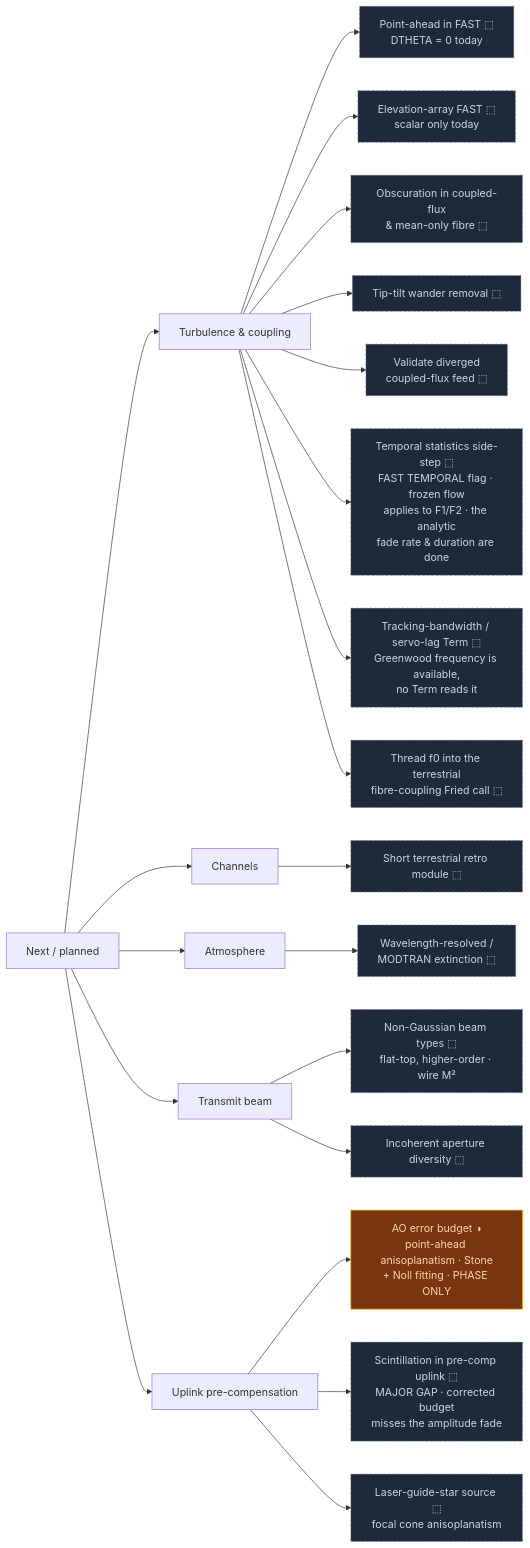
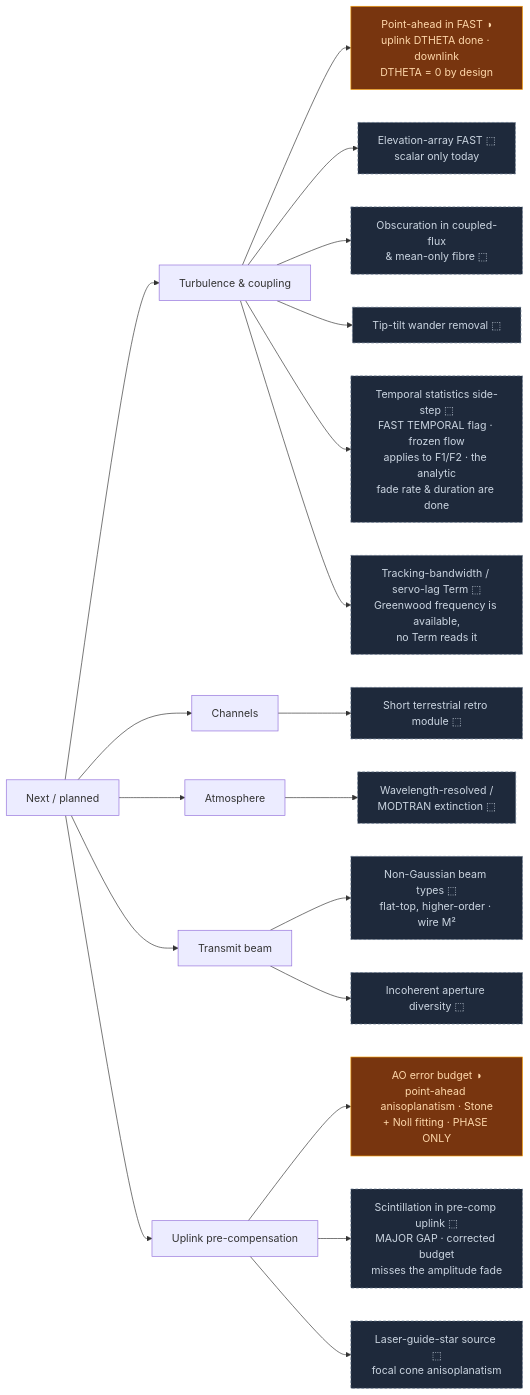
One commit to bigfraw/optical_link_budget changed the fourth of 4 diagrams in README.md. Above: the diagram before and after it, drawn with Mermaid. The commit also changed 5 other files, not shown here.

````diff
--- a/README.md
+++ b/README.md
@@ -233,32 +233,30 @@
 ```mermaid
 flowchart LR
   N["Next / planned"]
 
   N --> NT["Turbulence & coupling"]
-  NT --> NT1["Point-ahead in FAST ⬚<br/>DTHETA = 0 today"]:::planned
+  NT --> NT1["Point-ahead in FAST ◑<br/>uplink DTHETA done · downlink<br/>DTHETA = 0 by design"]:::partial
   NT --> NT2["Elevation-array FAST ⬚<br/>scalar only today"]:::planned
   NT --> NT3["Obscuration in coupled-flux<br/>& mean-only fibre ⬚"]:::planned
   NT --> NT4["Tip-tilt wander removal ⬚"]:::planned
-  NT --> NT5["Validate diverged<br/>coupled-flux feed ⬚"]:::planned
   NT --> NT6["Temporal statistics side-step ⬚<br/>FAST TEMPORAL flag · frozen flow<br/>applies to F1/F2 · the analytic<br/>fade rate &amp; duration are done"]:::planned
   NT --> NT7["Tracking-bandwidth / servo-lag Term ⬚<br/>Greenwood frequency is available,<br/>no Term reads it"]:::planned
-  NT --> NT8["Thread f0 into the terrestrial<br/>fibre-coupling Fried call ⬚"]:::planned
 
   N --> NC["Channels"]
   NC --> NC2["Short terrestrial retro module ⬚"]:::planned
 
   N --> NA["Atmosphere"]
   NA --> NA1["Wavelength-resolved /<br/>MODTRAN extinction ⬚"]:::planned
 
   N --> NTX["Transmit beam"]
   NTX --> NTX1["Non-Gaussian beam types ⬚<br/>flat-top, higher-order · wire M²"]:::planned
   NTX --> NTX2["Incoherent aperture diversity ⬚"]:::planned
 
   N --> NP["Uplink pre-compensation"]
   NP --> NP1["AO error budget ◑<br/>point-ahead anisoplanatism · Stone<br/>+ Noll fitting · PHASE ONLY"]:::partial
   NP --> NP2["Scintillation in pre-comp uplink ⬚<br/>MAJOR GAP · corrected budget<br/>misses the amplitude fade"]:::planned
   NP --> NP3["Laser-guide-star source ⬚<br/>focal cone anisoplanatism"]:::planned
 
   classDef partial fill:#78350f,color:#fed7aa,stroke:#f59e0b;
   classDef planned fill:#1e293b,color:#cbd5e1,stroke:#64748b,stroke-dasharray:4 3;
 ```
````
